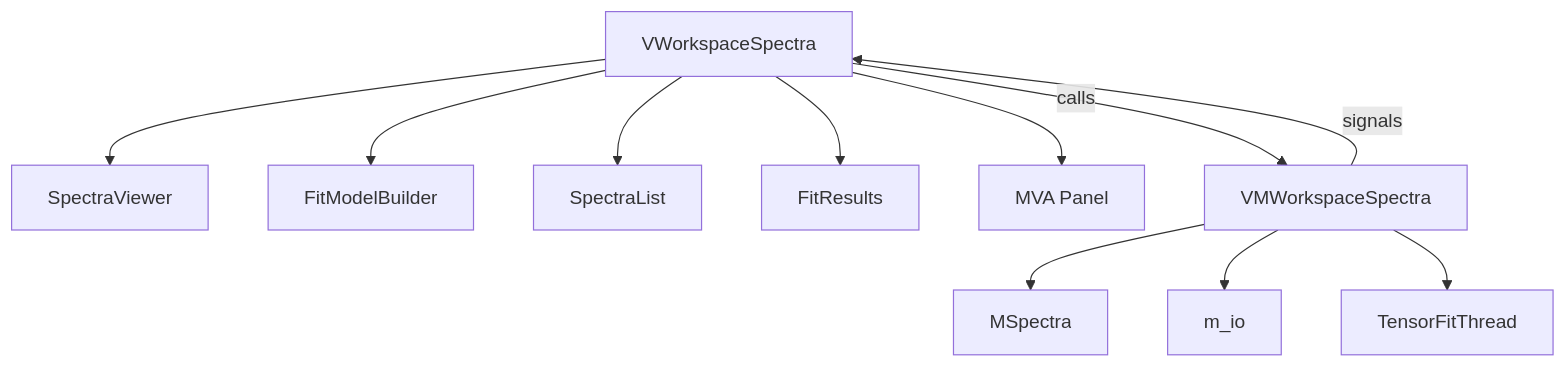
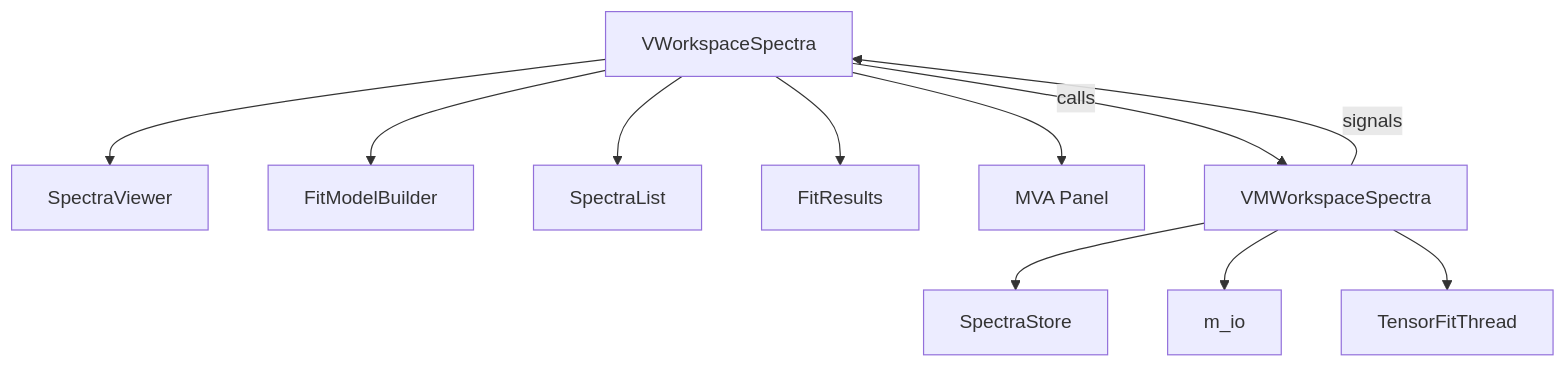
Before and after one commit to CEA-MetroCarac/SPECTROview: the first of 2 diagrams in docs/developer/spectra.md, drawn with Mermaid. The commit also changed other lines of this file and 17 other files, not shown here.

Commit message:
SPECTRA_STORE1: Spectra Workspace: fix Copy/paste/substract baseline

````diff
--- a/docs/developer/spectra.md
+++ b/docs/developer/spectra.md
@@ -9,15 +9,15 @@
 ```mermaid
 graph TD
     VWS["VWorkspaceSpectra"] --> SV["SpectraViewer"]
     VWS --> FMB["FitModelBuilder"]
     VWS --> SL["SpectraList"]
     VWS --> FR["FitResults"]
     VWS --> MVA["MVA Panel"]
 
     VWS -->|"calls"| VMWS["VMWorkspaceSpectra"]
     VMWS -->|"signals"| VWS
 
-    VMWS --> MSS["MSpectra"]
+    VMWS --> MSS["SpectraStore"]
     VMWS --> IO["m_io"]
     VMWS --> TFT["TensorFitThread"]
 ```
````
